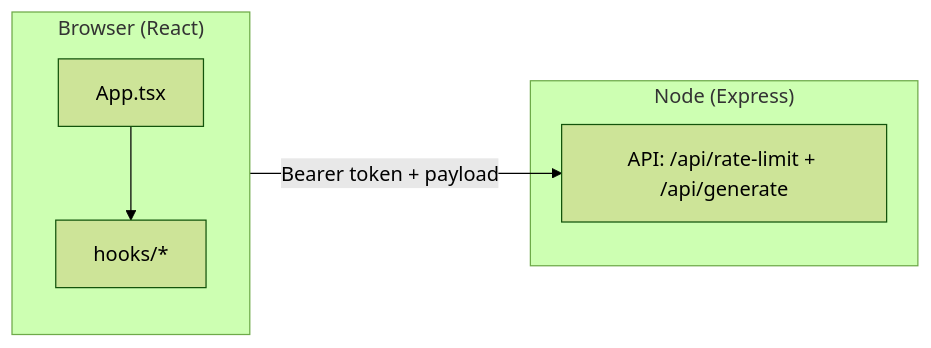
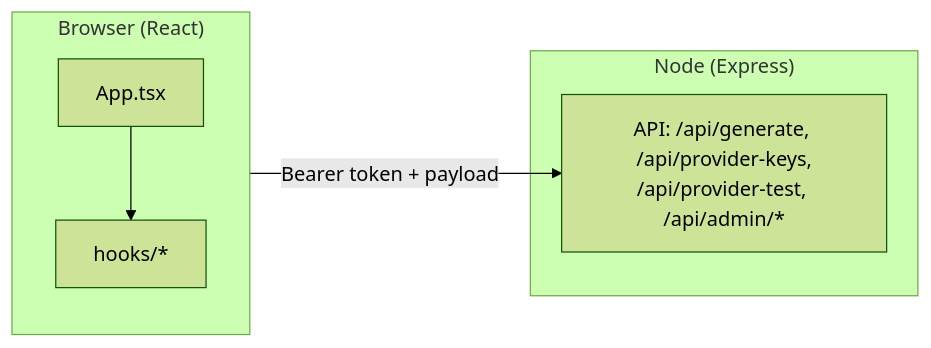
The first of 2 diagrams in docs/02-frontend-architecture.md (thanhnghiep1208/zVas-AI-Image), drawn with Mermaid (forest theme) before and after one commit. The commit also changed other lines of this file and 22 other files, not shown here.

````diff
--- a/docs/02-frontend-architecture.md
+++ b/docs/02-frontend-architecture.md
@@ -91,14 +99,14 @@
 ```mermaid
 flowchart LR
   subgraph browser["Browser (React)"]
     App[App.tsx]
     Hooks[hooks/*]
     App --> Hooks
   end
 
   subgraph server["Node (Express)"]
-    API["API: /api/rate-limit + /api/generate"]
+    API["API: /api/generate, /api/provider-keys,<br/>/api/provider-test, /api/admin/*"]
   end
 
   browser -->|Bearer token + payload| API
 ```
````
